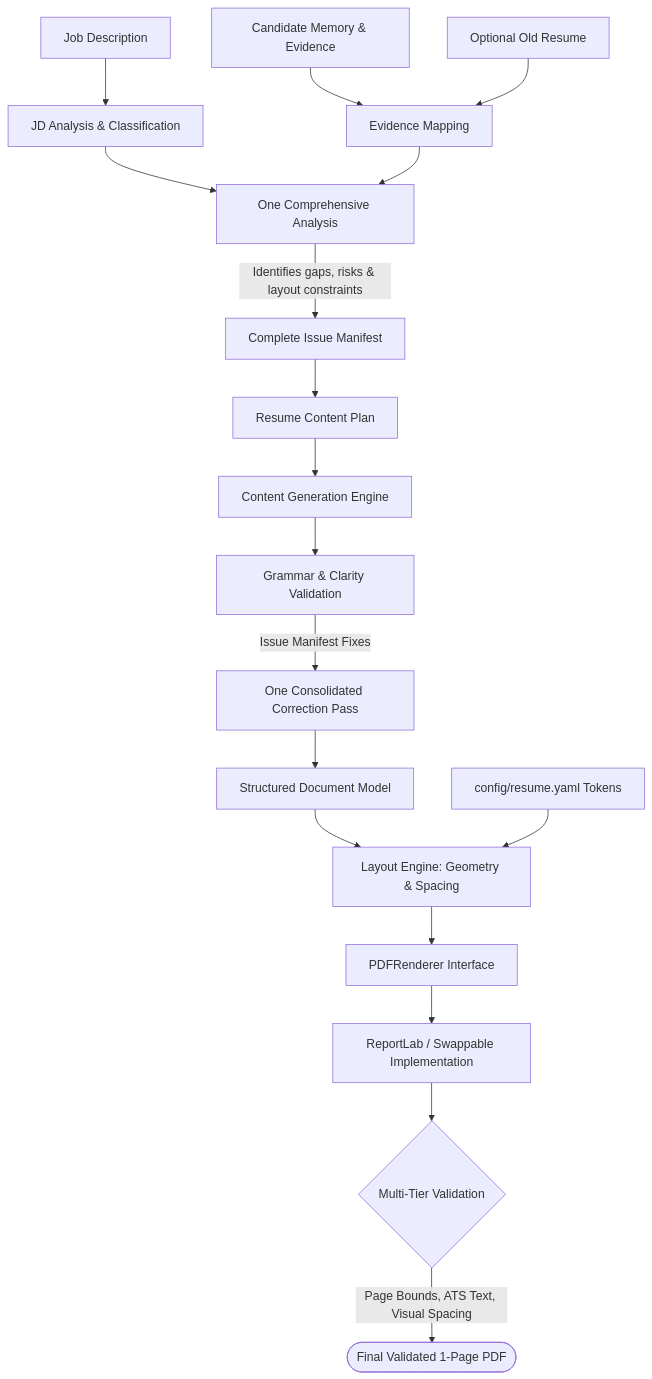
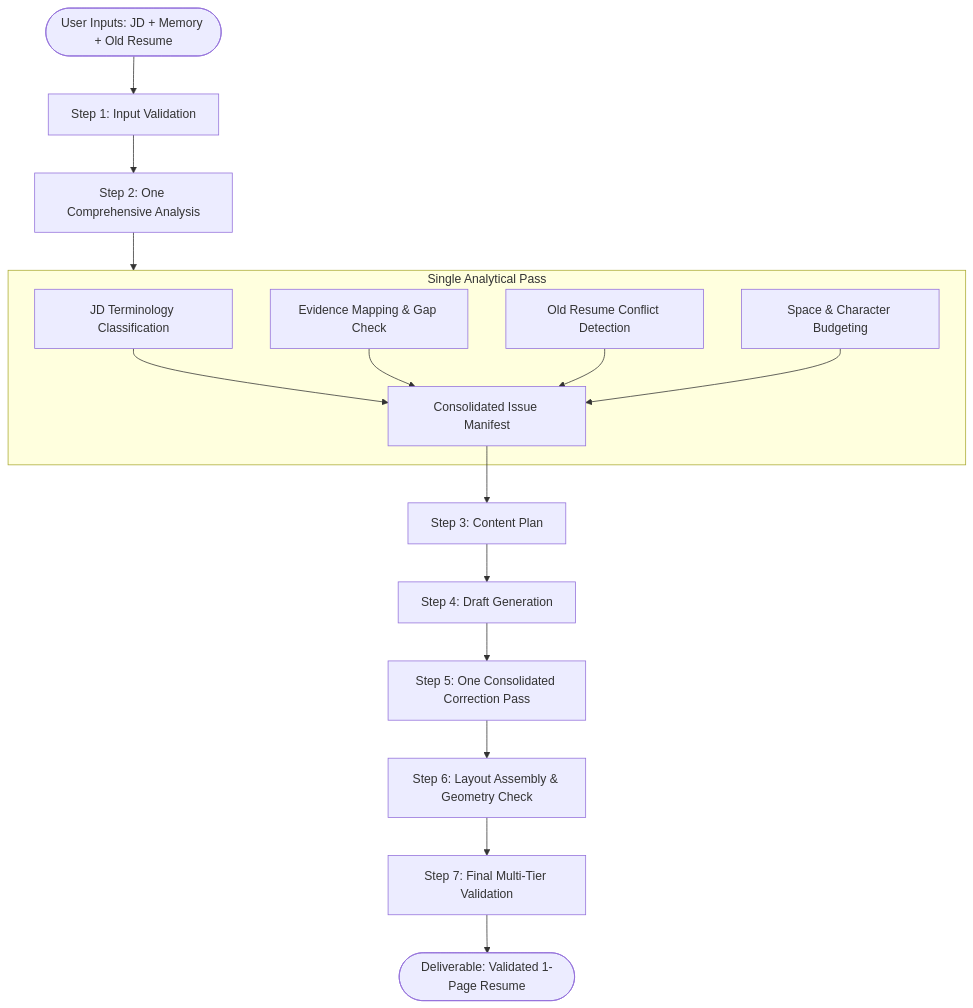
One commit to bhargava562/anchor-skills changed the diagram in docs/phase_1_resume_generator.md. Above: the diagram before and after it, drawn with Mermaid. The commit also changed other lines of this file and 4 other files, not shown here.

Commit message:
docs: align architecture with passive skill library model and instruction design principles

````diff
--- a/docs/phase_1_resume_generator.md
+++ b/docs/phase_1_resume_generator.md
@@ -70,27 +110,24 @@
 ```mermaid
 flowchart TD
-    JD[Job Description] --> JDA[JD Analysis & Classification]
-    MEM[Candidate Memory & Evidence] --> EM[Evidence Mapping]
-    OLD[Optional Old Resume] --> EM
+    IN([User Inputs: JD + Memory + Old Resume]) --> STEP1[Step 1: Input Validation]
+    STEP1 --> STEP2[Step 2: One Comprehensive Analysis]
     
-    JDA --> OAP[One Comprehensive Analysis]
-    EM --> OAP
+    subgraph Analysis [Single Analytical Pass]
+        JDA[JD Terminology Classification]
+        EVM[Evidence Mapping & Gap Check]
+        CFD[Old Resume Conflict Detection]
+        SPA[Space & Character Budgeting]
+        JDA --> IM[Consolidated Issue Manifest]
+        EVM --> IM
+        CFD --> IM
+        SPA --> IM
+    end
+    STEP2 --> Analysis
     
-    OAP -->|Identifies gaps, risks & layout constraints| IM[Complete Issue Manifest]
-    IM --> RCP[Resume Content Plan]
-    
-    RCP --> CG[Content Generation Engine]
-    CG --> GV[Grammar & Clarity Validation]
-    
-    GV -->|Issue Manifest Fixes| OCP[One Consolidated Correction Pass]
-    OCP --> DOC[Structured Document Model]
-    
-    DOC --> LE[Layout Engine: Geometry & Spacing]
-    CFG[config/resume.yaml Tokens] --> LE
-    
-    LE --> RND[PDFRenderer Interface]
-    RND --> RP[ReportLab / Swappable Implementation]
-    
-    RP --> VAL{Multi-Tier Validation}
-    VAL -->|Page Bounds, ATS Text, Visual Spacing| DONE([Final Validated 1-Page PDF])
+    IM --> STEP3[Step 3: Content Plan]
+    STEP3 --> STEP4[Step 4: Draft Generation]
+    STEP4 --> STEP5[Step 5: One Consolidated Correction Pass]
+    STEP5 --> STEP6[Step 6: Layout Assembly & Geometry Check]
+    STEP6 --> STEP7[Step 7: Final Multi-Tier Validation]
+    STEP7 --> OUT([Deliverable: Validated 1-Page Resume])
 ```
````
